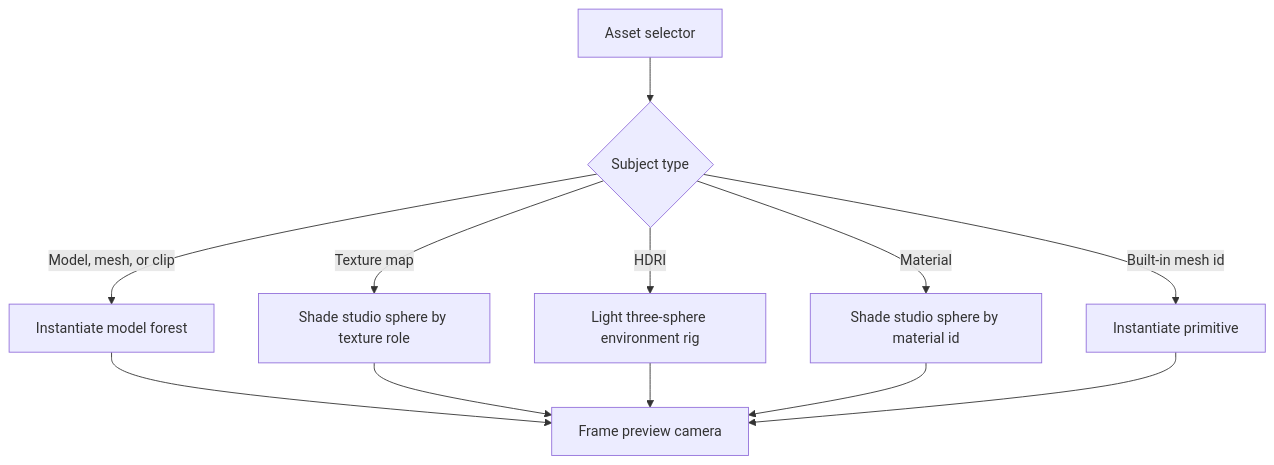
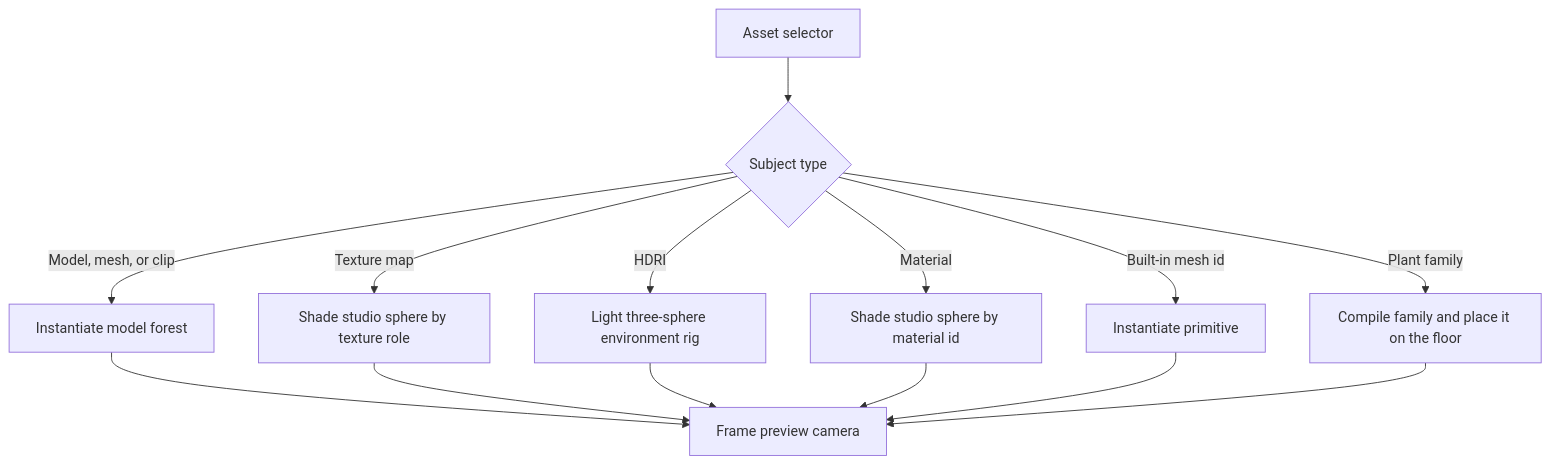
One commit to saffronjam/SaffronEngine changed the diagram in docs/content/explanations/ui-and-editor/asset-editor.md. Above: the diagram before and after it, drawn with Mermaid. The commit also changed other lines of this file and 1173 other files, not shown here.

````diff
--- a/docs/content/explanations/ui-and-editor/asset-editor.md
+++ b/docs/content/explanations/ui-and-editor/asset-editor.md
@@ -16,14 +16,16 @@
 ```mermaid
 flowchart TD
     A[Asset selector] --> B{Subject type}
     B -->|Model, mesh, or clip| C[Instantiate model forest]
     B -->|Texture map| D[Shade studio sphere by texture role]
     B -->|HDRI| E[Light three-sphere environment rig]
     B -->|Material| F[Shade studio sphere by material id]
     B -->|Built-in mesh id| G[Instantiate primitive]
+    B -->|Plant family| I[Compile family and place it on the floor]
     C --> H[Frame preview camera]
     D --> H
     E --> H
     F --> H
     G --> H
+    I --> H
 ```
````
